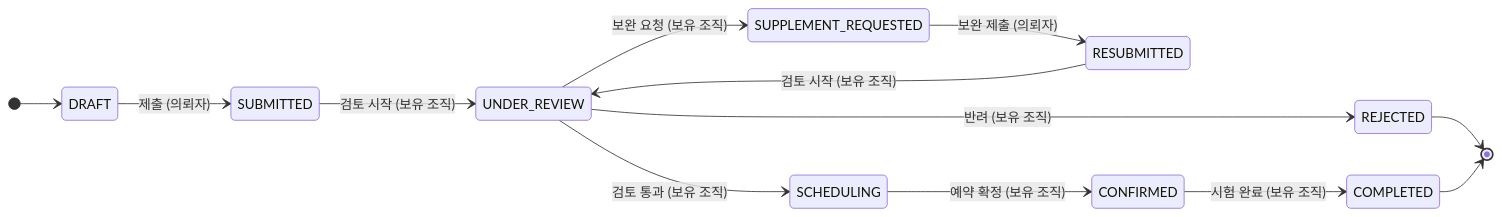
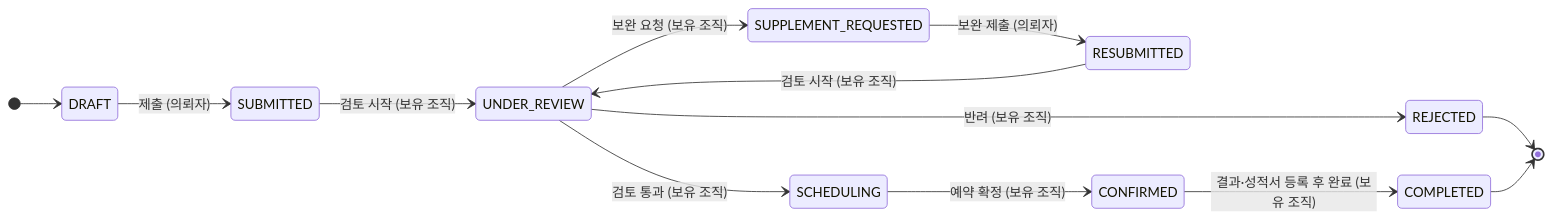
One commit to capstoneastra/Astra_Back changed the eighth of 8 diagrams in README.md. Above: the diagram before and after it, drawn with Mermaid. The commit also changed other lines of this file and 7 other files, not shown here.

Commit message:
docs: 회의 결정(시험 대행) 반영 — README·ERD·api-spec·schema·시연 점검표·작업 기록 11번

````diff
--- a/README.md
+++ b/README.md
@@ -743,16 +766,16 @@
 ```mermaid
 stateDiagram-v2
     direction LR
     [*] --> DRAFT
     DRAFT --> SUBMITTED : 제출 (의뢰자)
     SUBMITTED --> UNDER_REVIEW : 검토 시작 (보유 조직)
     UNDER_REVIEW --> SUPPLEMENT_REQUESTED : 보완 요청 (보유 조직)
     SUPPLEMENT_REQUESTED --> RESUBMITTED : 보완 제출 (의뢰자)
     RESUBMITTED --> UNDER_REVIEW : 검토 시작 (보유 조직)
     UNDER_REVIEW --> SCHEDULING : 검토 통과 (보유 조직)
     UNDER_REVIEW --> REJECTED : 반려 (보유 조직)
     SCHEDULING --> CONFIRMED : 예약 확정 (보유 조직)
-    CONFIRMED --> COMPLETED : 시험 완료 (보유 조직)
+    CONFIRMED --> COMPLETED : 결과·성적서 등록 후 완료 (보유 조직)
     REJECTED --> [*]
     COMPLETED --> [*]
 ```
````
